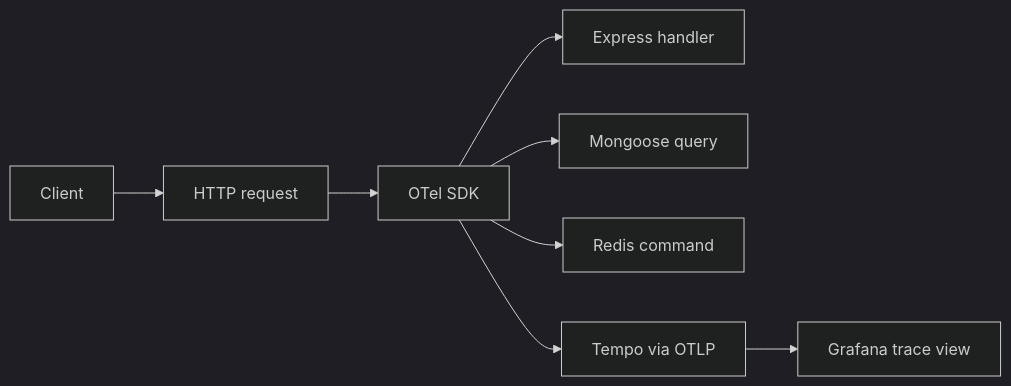
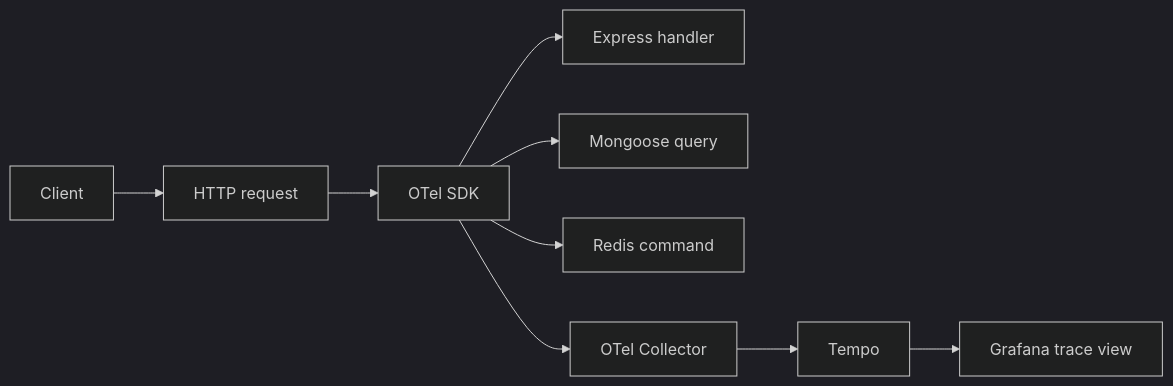
The diagram in docs/tools/opentelemetry.md (Guebbit/boilerplate-node-backend), drawn with Mermaid (dark theme) before and after one commit. The commit also changed other lines of this file and 15 other files, not shown here.

Commit message:
feat: add full observability stack (OTel Collector, Prometheus, Alertmanager, Loki, Promtail)

````diff
--- a/docs/tools/opentelemetry.md
+++ b/docs/tools/opentelemetry.md
@@ -34,10 +33,11 @@
 ```mermaid
 flowchart LR
     Client --> HTTP[HTTP request]
     HTTP --> SDK[OTel SDK]
     SDK --> Express[Express handler]
     SDK --> DB[Mongoose query]
     SDK --> Redis[Redis command]
-    SDK --> Tempo[Tempo via OTLP]
+    SDK --> Collector[OTel Collector]
+    Collector --> Tempo[Tempo]
     Tempo --> Grafana[Grafana trace view]
 ```
````
